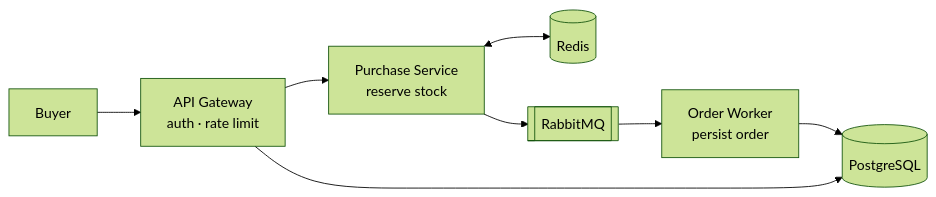
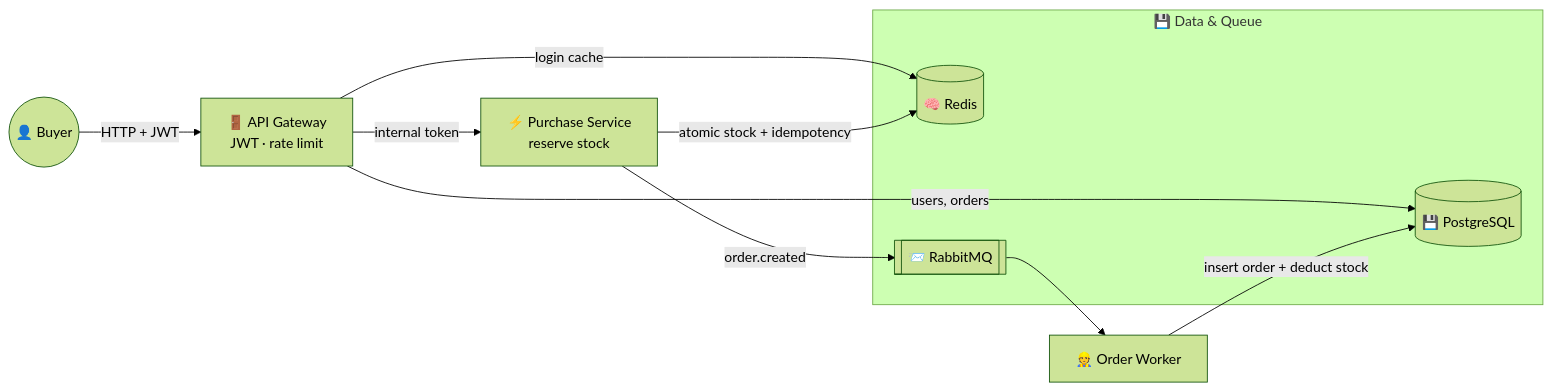
One commit to albert4183r7/Flash-Sale-Engine changed the first of 2 diagrams in README.md. Above: the diagram before and after it, drawn with Mermaid (forest theme). The commit also changed other lines of this file, not shown here.

First line of the commit message:
docs: expand README with architecture, user flow, API, setup and tests

````diff
--- a/README.md
+++ b/README.md
@@ -22,10 +63,22 @@
 ```mermaid
 graph LR
-    Buyer --> GW[API Gateway<br/>auth · rate limit]
-    GW --> PS[Purchase Service<br/>reserve stock]
-    PS <--> R[(Redis)]
-    PS --> MQ[[RabbitMQ]]
-    MQ --> OW[Order Worker<br/>persist order]
-    OW --> DB[(PostgreSQL)]
-    GW --> DB
+    User((👤 Buyer))
+    AG[🚪 API Gateway<br/>JWT · rate limit]
+    PS[⚡ Purchase Service<br/>reserve stock]
+    W[👷 Order Worker]
+
+    subgraph Data [💾 Data & Queue]
+        R[(🧠 Redis)]
+        MQ[[📨 RabbitMQ]]
+        DB[(💾 PostgreSQL)]
+    end
+
+    User -->|HTTP + JWT| AG
+    AG -->|login cache| R
+    AG -->|users, orders| DB
+    AG -->|internal token| PS
+    PS -->|atomic stock + idempotency| R
+    PS -->|order.created| MQ
+    MQ --> W
+    W -->|insert order + deduct stock| DB
 ```
````
